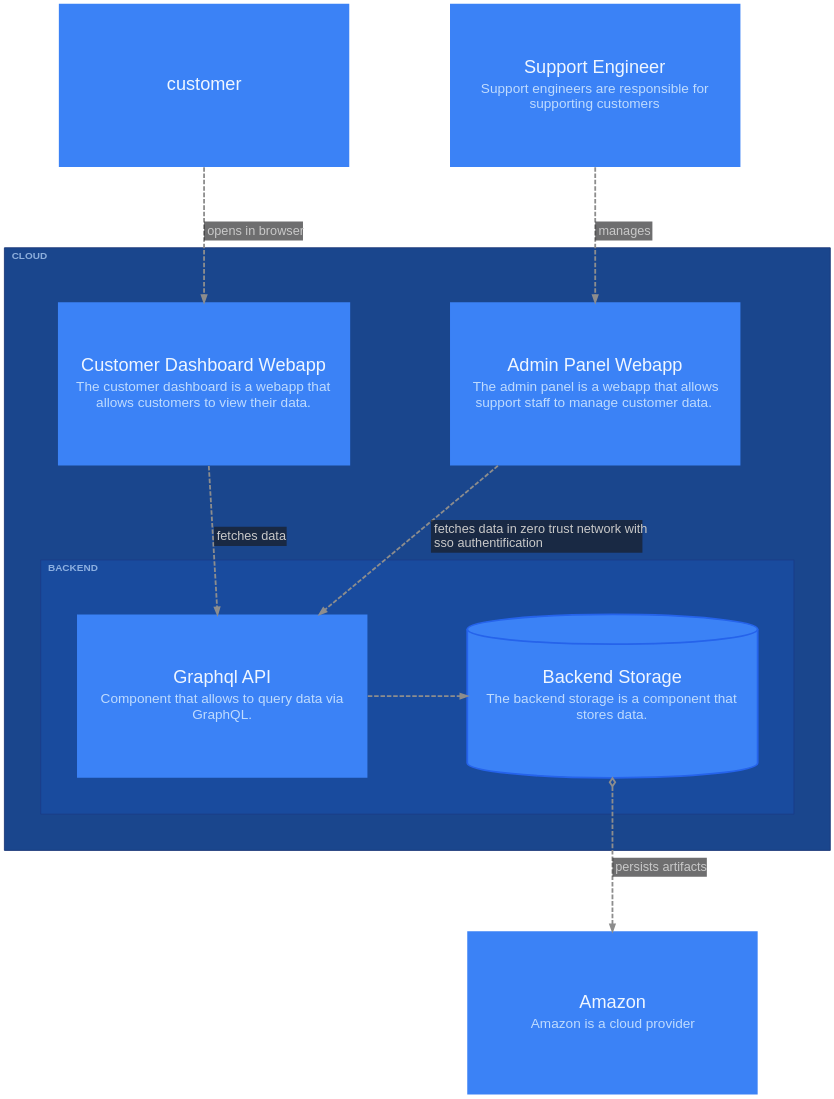
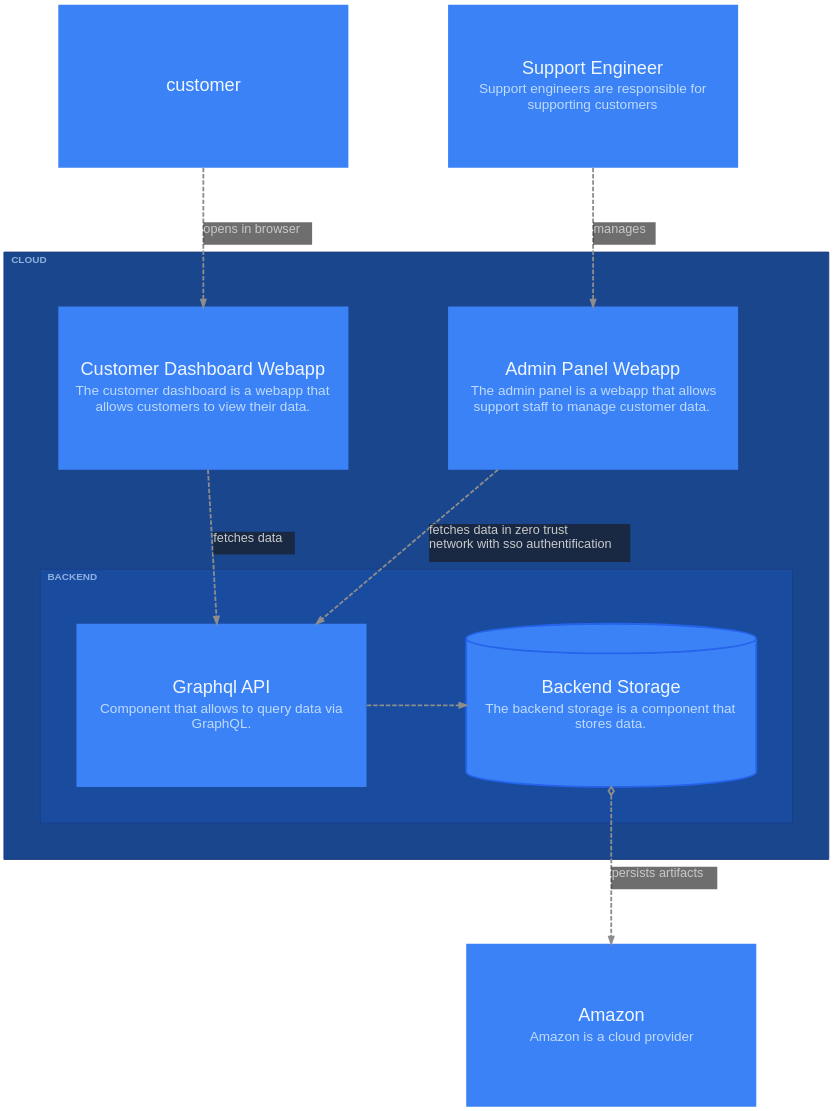
One commit to likec4/likec4 changed the diagram in packages/layouts/src/graphviz/__snapshots__/ElementViewPrinter-cloud3levels.dot. Above: the diagram before and after it, drawn with Graphviz. The commit also changed 82 other files, not shown here.

First line of the commit message:
feat: measure relationship labels and elements with the diagram font (#3494)

```diff
--- a/packages/layouts/src/graphviz/__snapshots__/ElementViewPrinter-cloud3levels.dot
+++ b/packages/layouts/src/graphviz/__snapshots__/ElementViewPrinter-cloud3levels.dot
@@ -1,157 +1,164 @@
 digraph {
   likec4_viewId = "cloud3levels";
   bgcolor = "transparent";
   layout = "dot";
   compound = true;
   rankdir = "TB";
   TBbalance = "min";
   splines = "spline";
   outputorder = "nodesfirst";
   nodesep = 1.528;
   ranksep = 1.667;
   pad = 0.209;
   fontname = "Arial";
   graph [
     fontsize = 20;
     labeljust = "l";
     labelloc = "t";
     margin = 50.1;
   ];
   edge [
     arrowsize = 0.75;
     fontname = "Arial";
     fontsize = 14;
     penwidth = 2;
     color = "#8D8D8D";
     fontcolor = "#C9C9C9";
     style = "dashed";
   ];
   node [
     fontname = "Arial";
     shape = "rect";
     fillcolor = "#3b82f6";
     fontcolor = "#eff6ff";
     color = "#2563eb";
     style = "filled";
     penwidth = 0;
   ];
   "customer" [
     likec4_id = "customer";
     likec4_level = 0;
     label = <<FONT POINT-SIZE="20">customer</FONT>>;
     margin = "0.223,0.223";
     width = 4.445;
     height = 2.5;
+    fixedsize = true;
   ];
   "support" [
     likec4_id = "support";
     likec4_level = 0;
     label = <<TABLE BORDER="0" CELLPADDING="0" CELLSPACING="4"><TR><TD><FONT POINT-SIZE="20">Support Engineer</FONT></TD></TR><TR><TD><FONT POINT-SIZE="15" COLOR="#bfdbfe">Support engineers are responsible for<BR/>supporting customers</FONT></TD></TR></TABLE>>;
     margin = "0.223,0.223";
     width = 4.445;
     height = 2.5;
+    fixedsize = true;
   ];
   "dashboard" [
     likec4_id = "cloud.frontend.dashboard";
     likec4_level = 1;
     label = <<TABLE BORDER="0" CELLPADDING="0" CELLSPACING="4"><TR><TD><FONT POINT-SIZE="20">Customer Dashboard Webapp</FONT></TD></TR><TR><TD><FONT POINT-SIZE="15" COLOR="#bfdbfe">The customer dashboard is a webapp that<BR/>allows customers to view their data.</FONT></TD></TR></TABLE>>;
     margin = "0.223,0.223";
     width = 4.445;
     height = 2.5;
+    fixedsize = true;
     group = "cloud";
   ];
   "adminpanel" [
     likec4_id = "cloud.frontend.adminPanel";
     likec4_level = 1;
     label = <<TABLE BORDER="0" CELLPADDING="0" CELLSPACING="4"><TR><TD><FONT POINT-SIZE="20">Admin Panel Webapp</FONT></TD></TR><TR><TD><FONT POINT-SIZE="15" COLOR="#bfdbfe">The admin panel is a webapp that allows<BR/>support staff to manage customer data.</FONT></TD></TR></TABLE>>;
     margin = "0.223,0.223";
     width = 4.445;
     height = 2.5;
+    fixedsize = true;
     group = "cloud";
   ];
   "graphql" [
     likec4_id = "cloud.backend.graphql";
     likec4_level = 2;
     label = <<TABLE BORDER="0" CELLPADDING="0" CELLSPACING="4"><TR><TD><FONT POINT-SIZE="20">Graphql API</FONT></TD></TR><TR><TD><FONT POINT-SIZE="15" COLOR="#bfdbfe">Component that allows to query data via<BR/>GraphQL.</FONT></TD></TR></TABLE>>;
     margin = "0.223,0.223";
     width = 4.445;
     height = 2.5;
+    fixedsize = true;
     group = "cloud";
   ];
   "storage" [
     likec4_id = "cloud.backend.storage";
     likec4_level = 2;
     label = <<TABLE BORDER="0" CELLPADDING="0" CELLSPACING="4"><TR><TD><FONT POINT-SIZE="20">Backend Storage</FONT></TD></TR><TR><TD><FONT POINT-SIZE="15" COLOR="#bfdbfe">The backend storage is a component that<BR/>stores data.</FONT></TD></TR></TABLE>>;
     margin = "0.223,0";
     width = 4.445;
     height = 2.5;
+    fixedsize = true;
     penwidth = 2;
     shape = "cylinder";
     group = "cloud";
   ];
   "amazon" [
     likec4_id = "amazon";
     likec4_level = 0;
     label = <<TABLE BORDER="0" CELLPADDING="0" CELLSPACING="4"><TR><TD><FONT POINT-SIZE="20">Amazon</FONT></TD></TR><TR><TD><FONT POINT-SIZE="15" COLOR="#bfdbfe">Amazon is a cloud provider</FONT></TD></TR></TABLE>>;
     margin = "0.223,0.223";
     width = 4.445;
     height = 2.5;
+    fixedsize = true;
   ];
   subgraph "cluster_cloud" {
     likec4_id = "cloud";
     likec4_level = 0;
     likec4_depth = 2;
     fillcolor = "#1a468d";
     color = "#1c3979";
     style = "filled";
     margin = 40;
     label = <<FONT POINT-SIZE="11" COLOR="#bfdbfeb3"><B>CLOUD</B></FONT>>;
     "dashboard";
     "adminpanel";
     subgraph "cluster_backend" {
       likec4_id = "cloud.backend";
       likec4_level = 1;
       likec4_depth = 1;
       fillcolor = "#194b9e";
       color = "#1b3d88";
       style = "filled";
       margin = 40;
       label = <<FONT POINT-SIZE="11" COLOR="#bfdbfeb3"><B>BACKEND</B></FONT>>;
       "graphql";
       "storage";
     }
   }
   "customer" -> "dashboard" [
     likec4_id = "customer:cloud.frontend.dashboard";
-    label = <<TABLE BORDER="0" CELLPADDING="3" CELLSPACING="0" BGCOLOR="#18191BA0"><TR><TD ALIGN="TEXT" BALIGN="LEFT"><FONT POINT-SIZE="14">opens in browser</FONT></TD></TR></TABLE>>;
+    label = <<TABLE FIXEDSIZE="TRUE" WIDTH="120" HEIGHT="25" BORDER="0" CELLPADDING="0" CELLSPACING="0" BGCOLOR="#18191BA0"><TR><TD ALIGN="TEXT" BALIGN="LEFT"><FONT POINT-SIZE="14">opens in browser</FONT></TD></TR></TABLE>>;
     arrowhead = "normal";
   ];
   "support" -> "adminpanel" [
     likec4_id = "support:cloud.frontend.adminPanel";
-    label = <<TABLE BORDER="0" CELLPADDING="3" CELLSPACING="0" BGCOLOR="#18191BA0"><TR><TD ALIGN="TEXT" BALIGN="LEFT"><FONT POINT-SIZE="14">manages</FONT></TD></TR></TABLE>>;
+    label = <<TABLE FIXEDSIZE="TRUE" WIDTH="69" HEIGHT="25" BORDER="0" CELLPADDING="0" CELLSPACING="0" BGCOLOR="#18191BA0"><TR><TD ALIGN="TEXT" BALIGN="LEFT"><FONT POINT-SIZE="14">manages</FONT></TD></TR></TABLE>>;
     arrowhead = "normal";
   ];
   "adminpanel" -> "graphql" [
     likec4_id = "cloud.frontend.adminPanel:cloud.backend.graphql";
-    label = <<TABLE BORDER="0" CELLPADDING="3" CELLSPACING="0" BGCOLOR="#18191BA0"><TR><TD ALIGN="TEXT" BALIGN="LEFT"><FONT POINT-SIZE="14">fetches data in zero trust network with<BR/>sso authentification</FONT></TD></TR></TABLE>>;
+    label = <<TABLE FIXEDSIZE="TRUE" WIDTH="222" HEIGHT="42" BORDER="0" CELLPADDING="0" CELLSPACING="0" BGCOLOR="#18191BA0"><TR><TD ALIGN="TEXT" BALIGN="LEFT"><FONT POINT-SIZE="14">fetches data in zero trust<BR/>network with sso authentification</FONT></TD></TR></TABLE>>;
     arrowhead = "normal";
   ];
   "dashboard" -> "graphql" [
     likec4_id = "cloud.frontend.dashboard:cloud.backend.graphql";
-    label = <<TABLE BORDER="0" CELLPADDING="3" CELLSPACING="0" BGCOLOR="#18191BA0"><TR><TD ALIGN="TEXT" BALIGN="LEFT"><FONT POINT-SIZE="14">fetches data</FONT></TD></TR></TABLE>>;
+    label = <<TABLE FIXEDSIZE="TRUE" WIDTH="90" HEIGHT="25" BORDER="0" CELLPADDING="0" CELLSPACING="0" BGCOLOR="#18191BA0"><TR><TD ALIGN="TEXT" BALIGN="LEFT"><FONT POINT-SIZE="14">fetches data</FONT></TD></TR></TABLE>>;
     arrowhead = "normal";
   ];
   "storage" -> "amazon" [
     likec4_id = "cloud.backend.storage:amazon";
-    label = <<TABLE BORDER="0" CELLPADDING="3" CELLSPACING="0" BGCOLOR="#18191BA0"><TR><TD ALIGN="TEXT" BALIGN="LEFT"><FONT POINT-SIZE="14">persists artifacts</FONT></TD></TR></TABLE>>;
+    label = <<TABLE FIXEDSIZE="TRUE" WIDTH="117" HEIGHT="25" BORDER="0" CELLPADDING="0" CELLSPACING="0" BGCOLOR="#18191BA0"><TR><TD ALIGN="TEXT" BALIGN="LEFT"><FONT POINT-SIZE="14">persists artifacts</FONT></TD></TR></TABLE>>;
     arrowhead = "normal";
     arrowtail = "odiamond";
     dir = "both";
   ];
   "graphql" -> "storage" [
     likec4_id = "cloud.backend.graphql:cloud.backend.storage";
     weight = 3;
     arrowhead = "normal";
     minlen = 0;
   ];
 }
```
